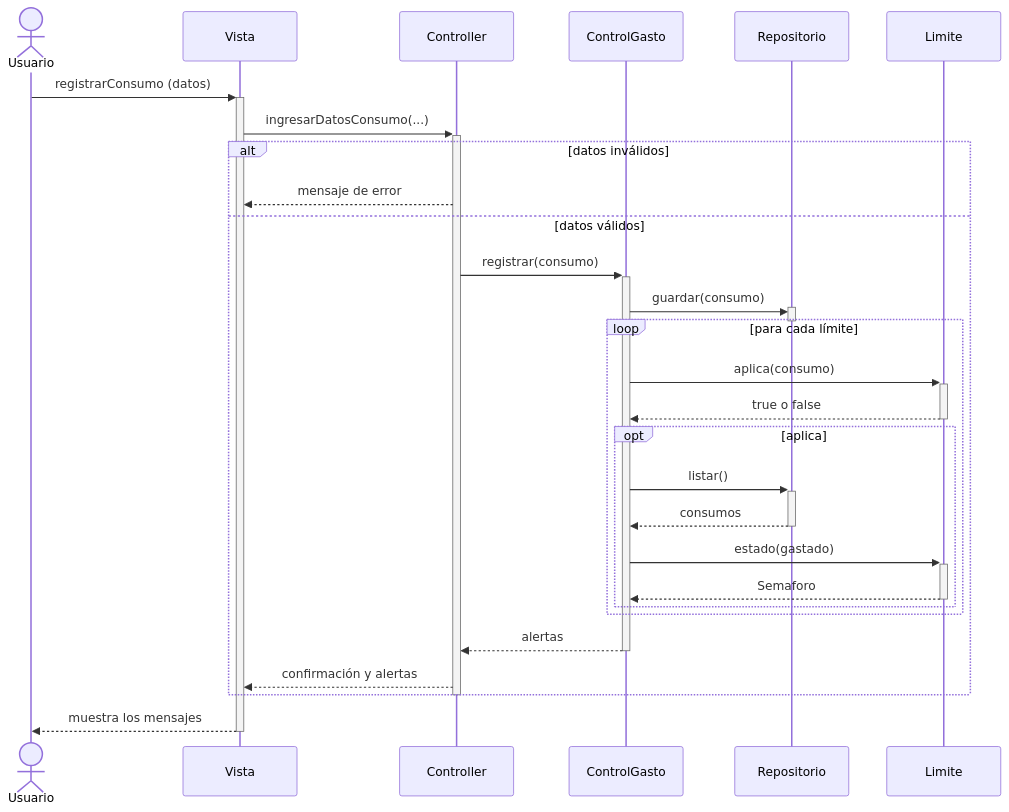
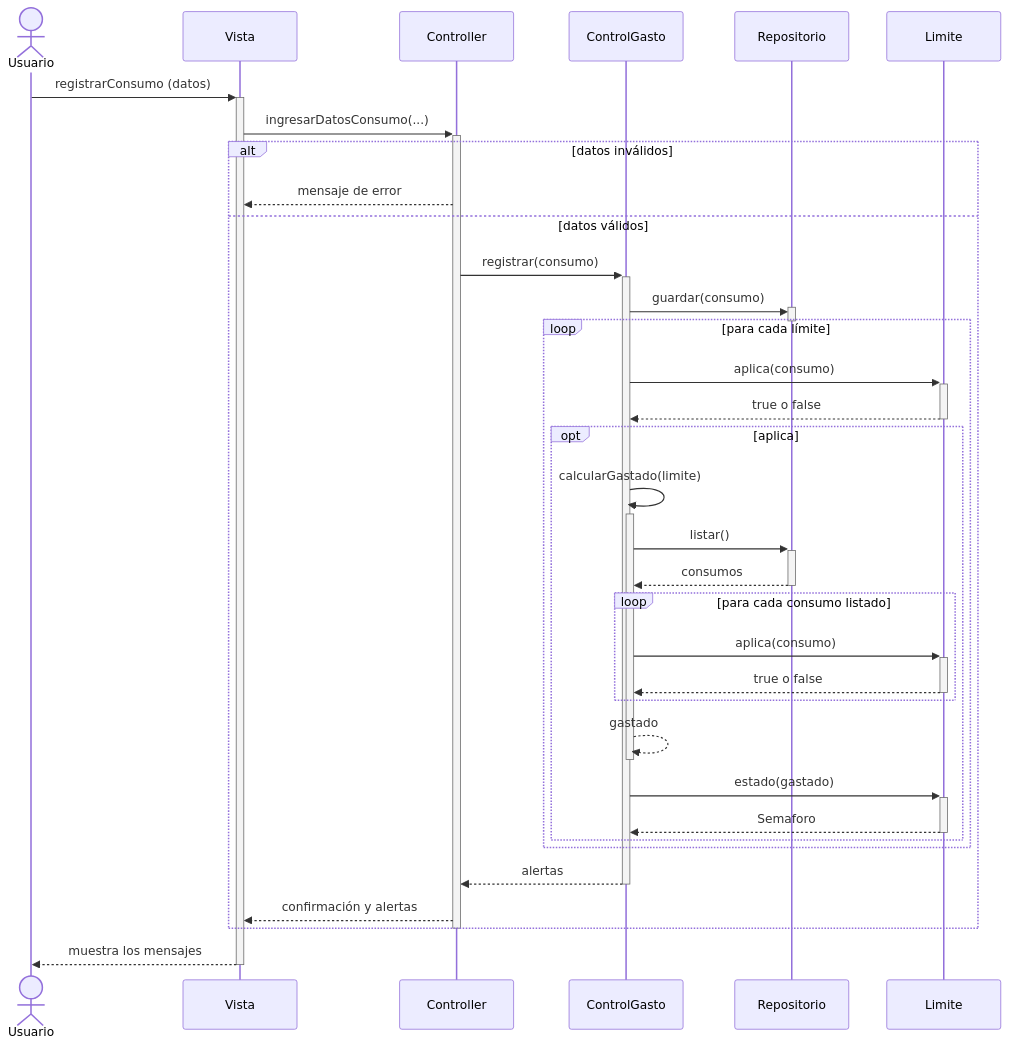
Before and after one commit to morenastolerman/Gestor-de-gastos: the diagram in Diagramas/CU1.md, drawn with Mermaid.

````diff
--- a/Diagramas/CU1.md
+++ b/Diagramas/CU1.md
@@ -1,37 +1,43 @@
 ```mermaid
 sequenceDiagram
     actor Usuario
     participant Vista
     participant Controller
     participant ControlGasto
     participant Repositorio
     participant Limite
 
     Usuario->>+Vista: registrarConsumo (datos)
     Vista->>+Controller: ingresarDatosConsumo(...)
 
     alt datos inválidos
         Controller-->>Vista: mensaje de error
     else datos válidos
         Controller->>+ControlGasto: registrar(consumo)
         ControlGasto->>+Repositorio: guardar(consumo)
         deactivate Repositorio
 
         loop para cada límite
             ControlGasto->>+Limite: aplica(consumo)
             Limite-->>-ControlGasto: true o false
             opt aplica
+                ControlGasto->>+ControlGasto: calcularGastado(limite)
                 ControlGasto->>+Repositorio: listar()
                 Repositorio-->>-ControlGasto: consumos
+                loop para cada consumo listado
+                    ControlGasto->>+Limite: aplica(consumo)
+                    Limite-->>-ControlGasto: true o false
+                end
+                ControlGasto-->>-ControlGasto: gastado
                 ControlGasto->>+Limite: estado(gastado)
                 Limite-->>-ControlGasto: Semaforo
             end
         end
 
         ControlGasto-->>Controller: alertas
         deactivate ControlGasto
         Controller-->>Vista: confirmación y alertas
     end
     deactivate Controller
     Vista-->>-Usuario: muestra los mensajes
 ```
````
